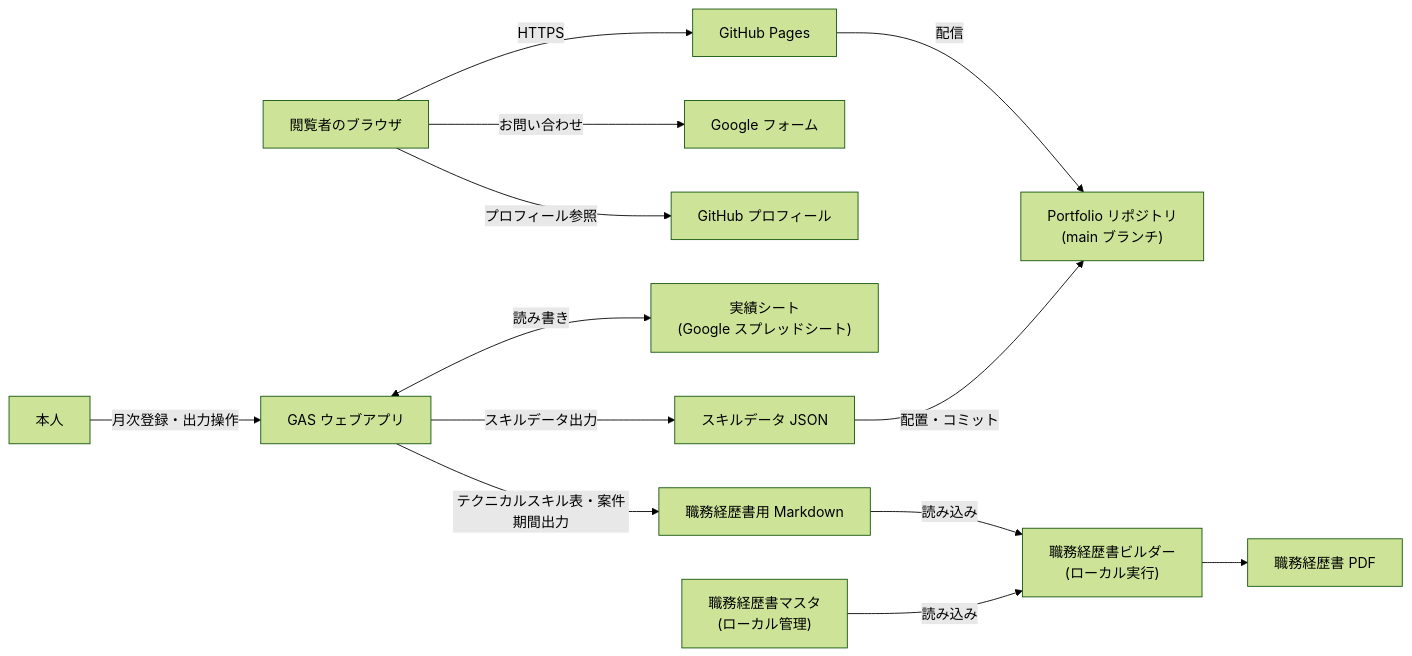
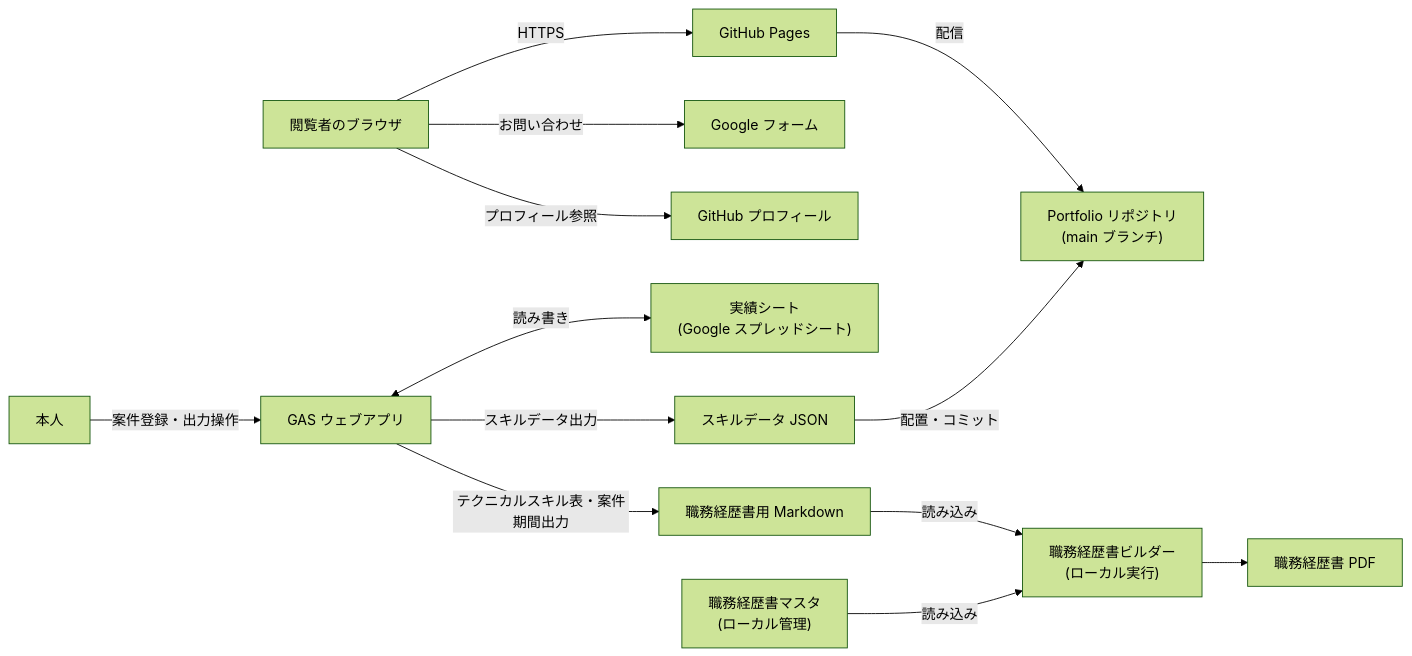
The first of 4 diagrams in docs/02.design/DESIGN.md (Seiya-Nakagawa/Portfolio), drawn with Mermaid (forest theme) before and after one commit. The commit also changed other lines of this file and 1 other file, not shown here.

````diff
--- a/docs/02.design/DESIGN.md
+++ b/docs/02.design/DESIGN.md
@@ -13,16 +13,16 @@
 ```mermaid
 flowchart LR
     Browser["閲覧者のブラウザ"] -->|HTTPS| Pages["GitHub Pages"]
     Pages -->|配信| Repo["Portfolio リポジトリ\n(main ブランチ)"]
     Browser -->|お問い合わせ| GForm["Google フォーム"]
     Browser -->|プロフィール参照| GitHub["GitHub プロフィール"]
 
-    Owner["本人"] -->|月次登録・出力操作| GAS["GAS ウェブアプリ"]
+    Owner["本人"] -->|案件登録・出力操作| GAS["GAS ウェブアプリ"]
     GAS <-->|読み書き| Sheet["実績シート\n(Google スプレッドシート)"]
     GAS -->|スキルデータ出力| Json["スキルデータ JSON"]
     GAS -->|テクニカルスキル表・案件期間出力| Md["職務経歴書用 Markdown"]
     Json -->|配置・コミット| Repo
     Md -->|読み込み| Builder["職務経歴書ビルダー\n(ローカル実行)"]
     Resume["職務経歴書マスタ\n(ローカル管理)"] -->|読み込み| Builder
     Builder --> Pdf["職務経歴書 PDF"]
 ```
````
